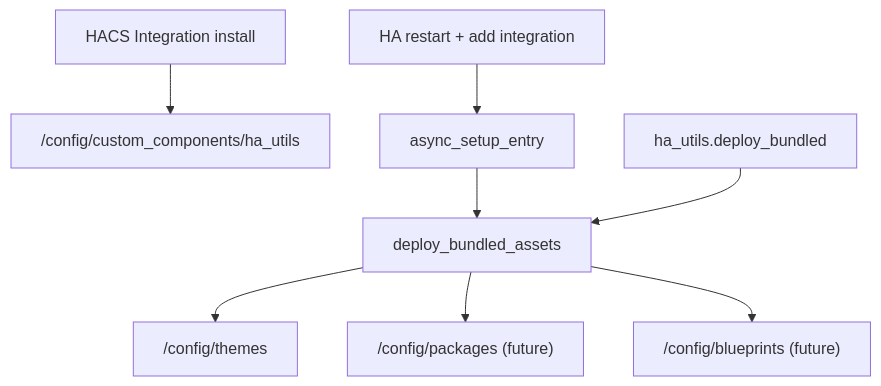
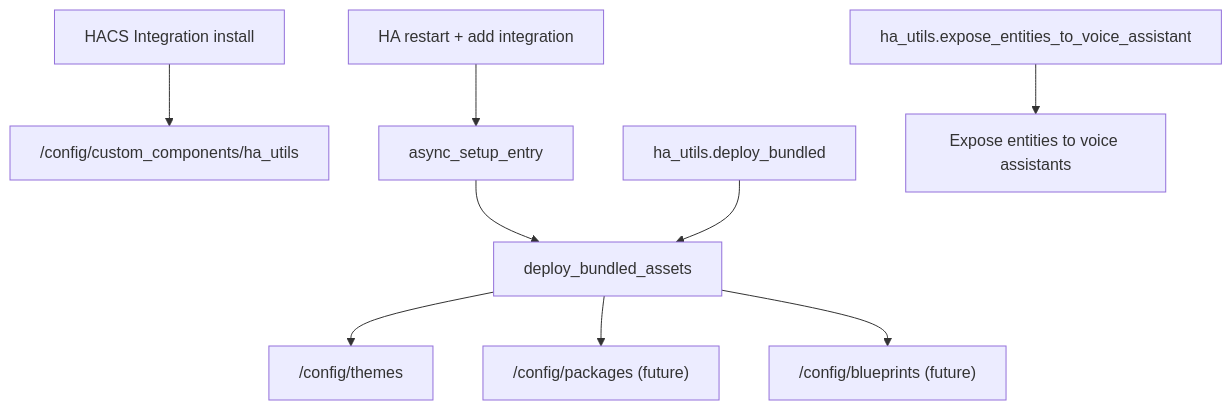
Before and after one commit to ep-ipc/ha-utils: the diagram in docs/PLAN.md, drawn with Mermaid. The commit also changed other lines of this file and 8 other files, not shown here.

First line of the commit message:
Enhance Home Assistant Utils with voice assistant exposure and weather blueprints updates

````diff
--- a/docs/PLAN.md
+++ b/docs/PLAN.md
@@ -52,10 +53,11 @@
 ```mermaid
 flowchart TB
     HACS["HACS Integration install"] --> CC["/config/custom_components/ha_utils"]
     Restart["HA restart + add integration"] --> Setup["async_setup_entry"]
     Setup --> Deploy["deploy_bundled_assets"]
     Deploy --> Themes["/config/themes"]
     Deploy --> Packages["/config/packages (future)"]
     Deploy --> Blueprints["/config/blueprints (future)"]
-    Action["ha_utils.deploy_bundled"] --> Deploy
+    DeployAction["ha_utils.deploy_bundled"] --> Deploy
+    VoiceAction["ha_utils.expose_entities_to_voice_assistant"] --> Voice["Expose entities to voice assistants"]
 ```
````
